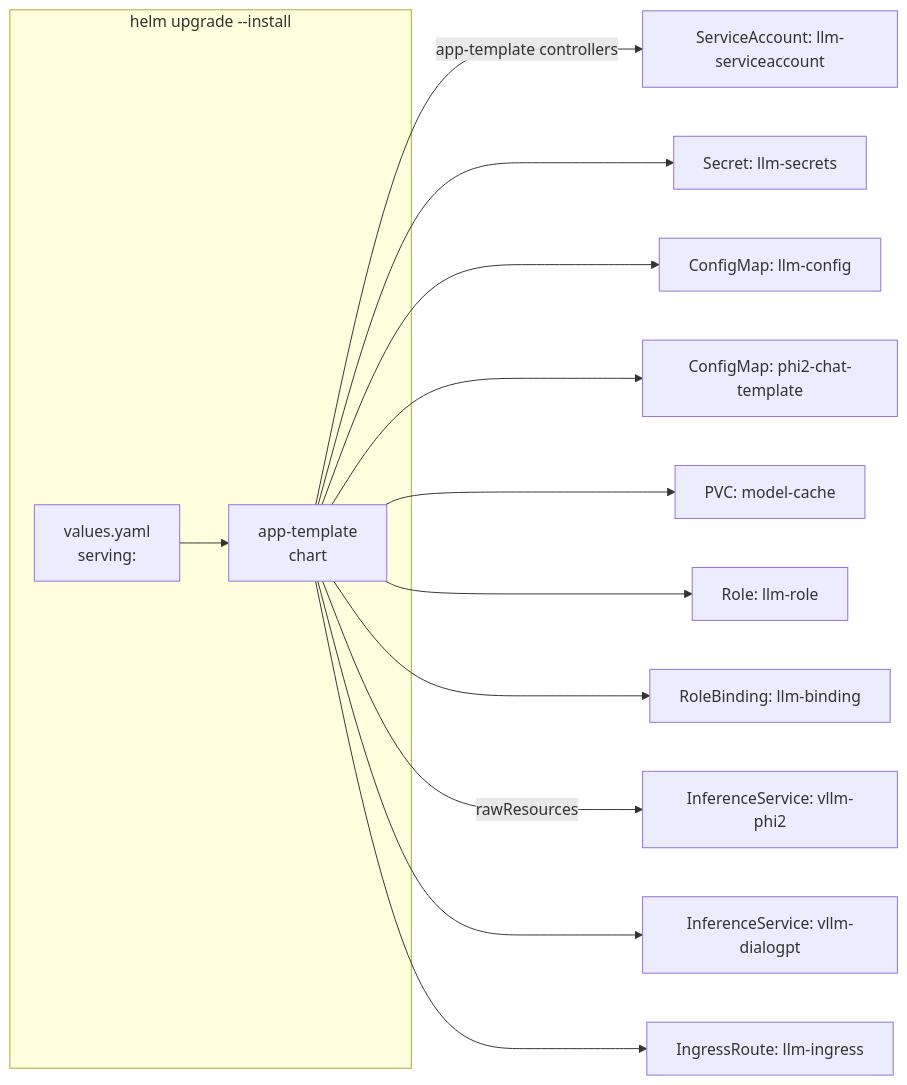
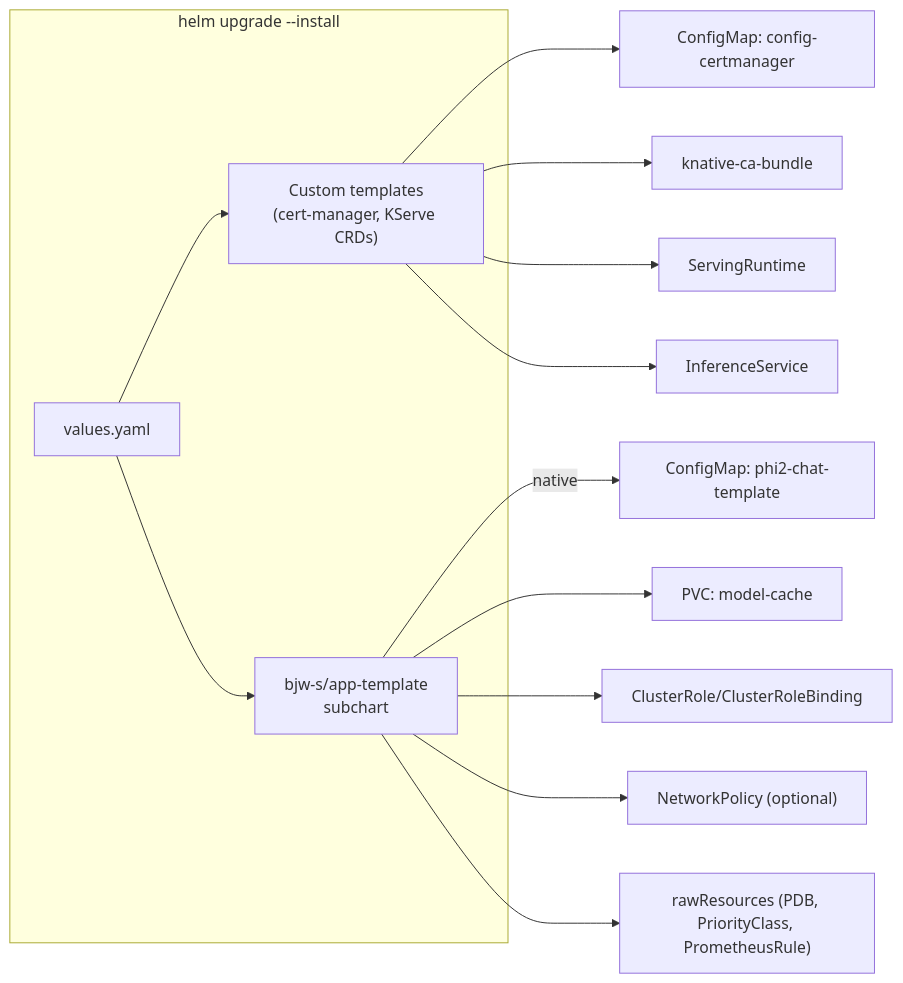
One commit to Dericko681/local-model-deployment changed the diagram in docs/deployment.md. Above: the diagram before and after it, drawn with Mermaid. The commit also changed other lines of this file and 7 other files, not shown here.

````diff
--- a/docs/deployment.md
+++ b/docs/deployment.md
@@ -24,21 +33,22 @@
 ```mermaid
 flowchart LR
     subgraph Helm["helm upgrade --install"]
-        VALS["values.yaml<br/>serving:"]
-        DEP["app-template<br/>chart"]
+        VALS["values.yaml"]
+        TEMPLATES["Custom templates<br/>(cert-manager, KServe CRDs)"]
+        BJWS["bjw-s/app-template<br/>subchart"]
     end
 
-    VALS --> DEP
+    VALS --> TEMPLATES
+    VALS --> BJWS
 
-    DEP -->|"app-template controllers"| SA["ServiceAccount: llm-serviceaccount"]
-    DEP --> S["Secret: llm-secrets"]
-    DEP --> CM1["ConfigMap: llm-config"]
-    DEP --> CM2["ConfigMap: phi2-chat-template"]
-    DEP --> PVC["PVC: model-cache"]
-    DEP --> R["Role: llm-role"]
-    DEP --> RB["RoleBinding: llm-binding"]
+    BJWS -->|"native"| CM["ConfigMap: phi2-chat-template"]
+    BJWS --> PVC["PVC: model-cache"]
+    BJWS --> RBAC["ClusterRole/ClusterRoleBinding"]
+    BJWS --> NP["NetworkPolicy (optional)"]
+    BJWS --> RAW["rawResources (PDB, PriorityClass, PrometheusRule)"]
 
-    DEP -->|"rawResources"| IS1["InferenceService: vllm-phi2"]
-    DEP --> IS2["InferenceService: vllm-dialogpt"]
-    DEP --> IR["IngressRoute: llm-ingress"]
+    TEMPLATES --> CC["ConfigMap: config-certmanager"]
+    TEMPLATES --> TB["knative-ca-bundle"]
+    TEMPLATES --> SR["ServingRuntime"]
+    TEMPLATES --> IS["InferenceService"]
 ```
````
